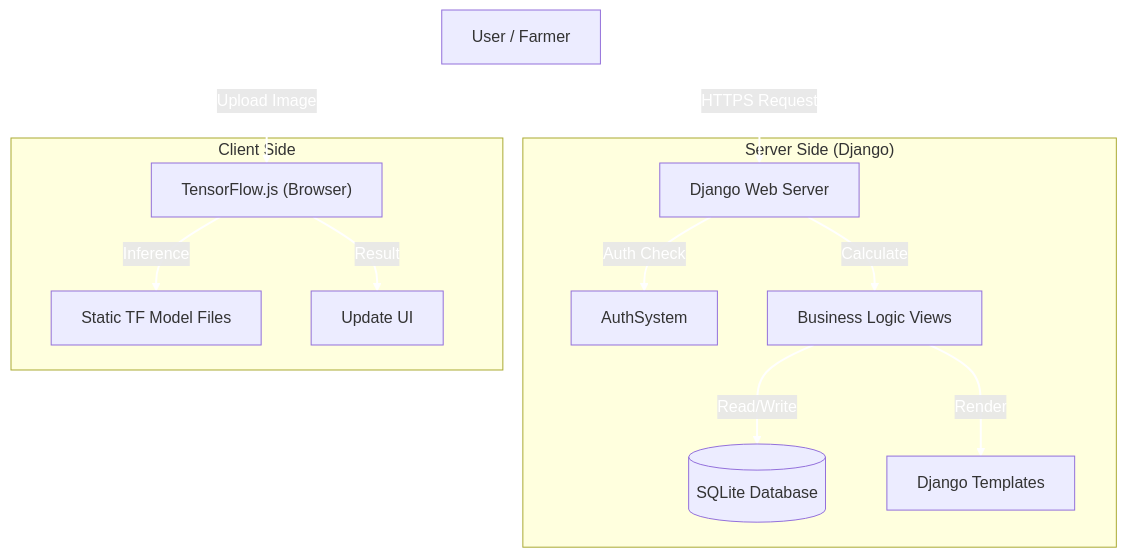
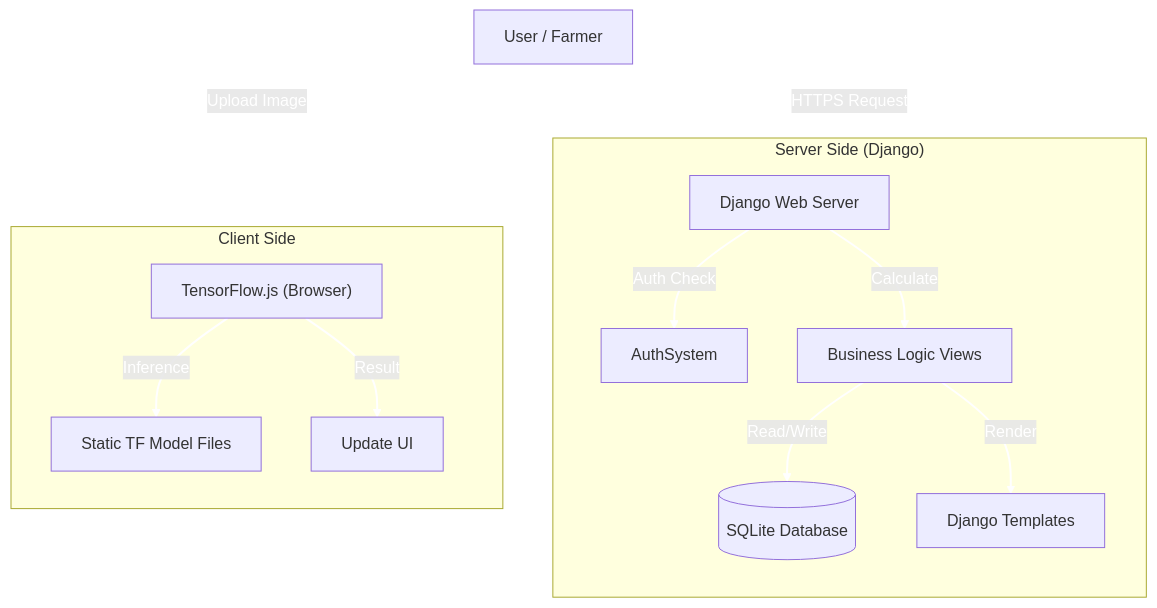
The first of 4 diagrams in Architecture.md (KmSasikumar/SmartAgriculture), drawn with Mermaid before and after one commit.

````diff
--- a/Architecture.md
+++ b/Architecture.md
@@ -19,20 +19,34 @@
 ```mermaid
-graph TD
-    User[User / Farmer] -->|HTTPS Request| WebServer[Django Web Server]
-    User -->|Upload Image| BrowserML["TensorFlow.js (Browser)"]
-    
-    subgraph "Server Side (Django)"
-        WebServer -->|Auth Check| AuthSystem
-        WebServer -->|Calculate| BizLogic[Business Logic Views]
-        BizLogic -->|Read/Write| DB[(SQLite Database)]
-        BizLogic -->|Render| Templates[Django Templates]
+flowchart TD
+    User["User / Farmer"]
+
+    subgraph ServerSide["Server Side (Django)"]
+        direction TB
+        WebServer["Django Web Server"]
+        AuthSystem
+        BizLogic["Business Logic Views"]
+        DB[("SQLite Database")]
+        Templates["Django Templates"]
+        
+        WebServer -- "Auth Check" --> AuthSystem
+        WebServer -- "Calculate" --> BizLogic
+        BizLogic -- "Read/Write" --> DB
+        BizLogic -- "Render" --> Templates
     end
-    
-    subgraph "Client Side"
-        BrowserML -->|Inference| ModelFiles[Static TF Model Files]
-        BrowserML -->|Result| DOM[Update UI]
+
+    subgraph ClientSide["Client Side"]
+        direction TB
+        BrowserML["TensorFlow.js (Browser)"]
+        ModelFiles["Static TF Model Files"]
+        DOM["Update UI"]
+        
+        BrowserML -- "Inference" --> ModelFiles
+        BrowserML -- "Result" --> DOM
     end
+
+    User -- "HTTPS Request" --> WebServer
+    User -- "Upload Image" --> BrowserML
 
     %% High-contrast link styling
     linkStyle default stroke-width:2px,fill:none,stroke:white,color:white;
 ```
````
